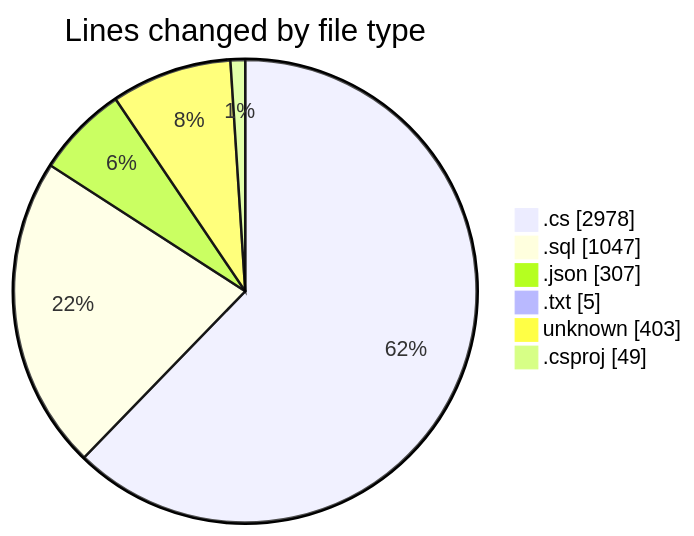
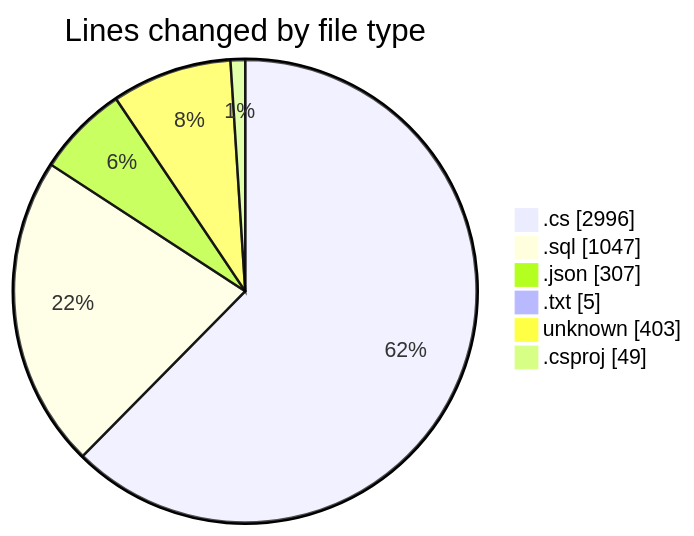
Before and after one commit to Netris89/code-tracking: the first of 2 diagrams in 2025-04-04/back-end/README.md, drawn with Mermaid. The commit also changed other lines of this file and 1 other file, not shown here.

````diff
--- a/2025-04-04/back-end/README.md
+++ b/2025-04-04/back-end/README.md
@@ -40,10 +40,10 @@
 ```mermaid
 pie showData
 title Lines changed by file type
-".cs" : 2978
+".cs" : 2996
 ".sql" : 1047
 ".json" : 307
 ".txt" : 5
 "unknown" : 403
 ".csproj" : 49
 ```
````
